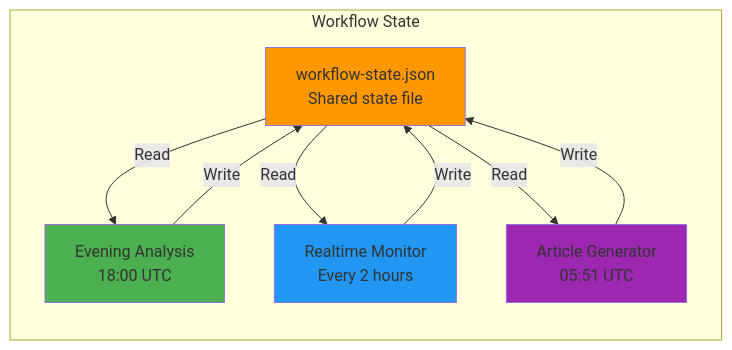
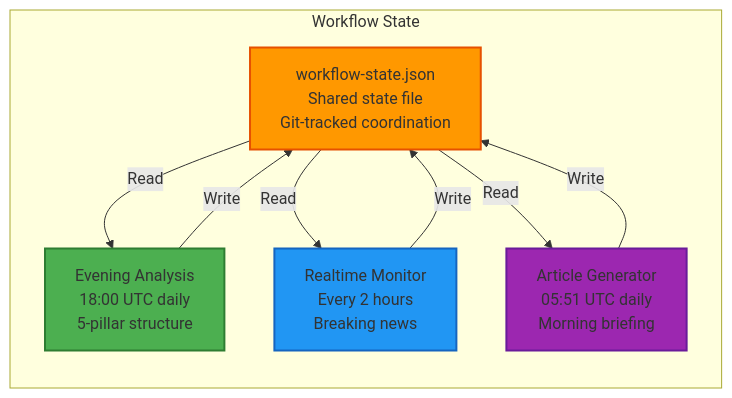
Before and after one commit to Hack23/riksdagsmonitor: the ninth of 15 diagrams in ARCHITECTURE.md, drawn with Mermaid. The commit also changed other lines of this file, not shown here.

Commit message:
docs: restructure ARCHITECTURE.md to C4 standard with header, doc map, C4 views, layers, patterns, and footer

````diff
--- a/ARCHITECTURE.md
+++ b/ARCHITECTURE.md
@@ -550,23 +852,23 @@
 ```mermaid
 graph LR
     subgraph "Workflow State"
-        State[workflow-state.json<br/>Shared state file]
+        State[workflow-state.json<br/>Shared state file<br/>Git-tracked coordination]
         
-        Evening[Evening Analysis<br/>18:00 UTC]
-        Realtime[Realtime Monitor<br/>Every 2 hours]
-        Generator[Article Generator<br/>05:51 UTC]
+        Evening[Evening Analysis<br/>18:00 UTC daily<br/>5-pillar structure]
+        Realtime[Realtime Monitor<br/>Every 2 hours<br/>Breaking news]
+        Generator[Article Generator<br/>05:51 UTC daily<br/>Morning briefing]
     end
     
     Evening -->|Write| State
     Realtime -->|Write| State
     Generator -->|Write| State
     
     State -->|Read| Evening
     State -->|Read| Realtime
     State -->|Read| Generator
     
-    style State fill:#ff9800
-    style Evening fill:#4caf50
-    style Realtime fill:#2196f3
-    style Generator fill:#9c27b0
+    style State fill:#ff9800,stroke:#e65100,stroke-width:2px
+    style Evening fill:#4caf50,stroke:#2e7d32,stroke-width:2px
+    style Realtime fill:#2196f3,stroke:#1565c0,stroke-width:2px
+    style Generator fill:#9c27b0,stroke:#6a1b9a,stroke-width:2px
 ```
````
